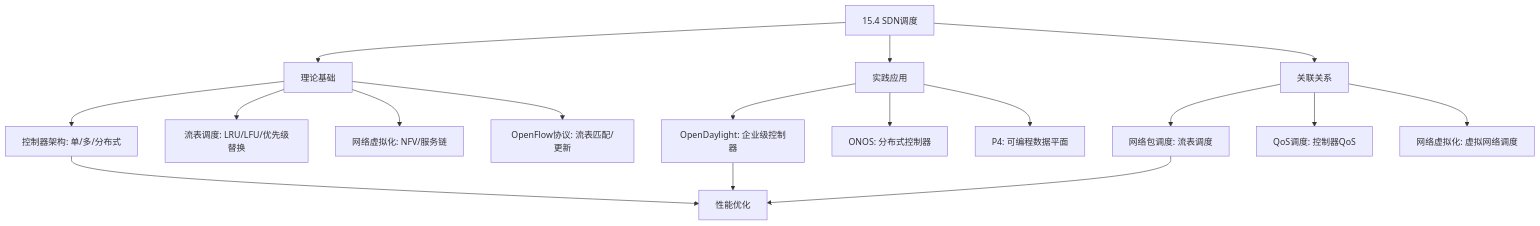
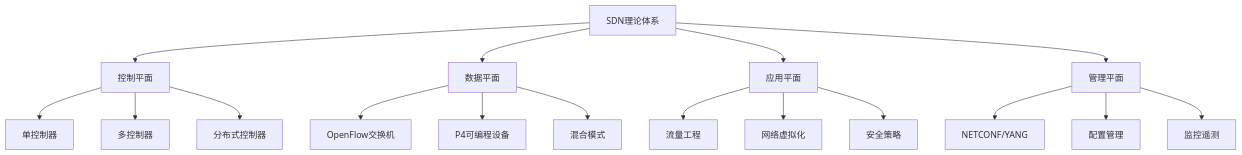
One commit to AdaMartin18010/FormalScience changed the diagram in Composed/schedule_formal_view/15_网络调度系统/15.4_SDN调度.md. Above: the diagram before and after it, drawn with Mermaid. The commit also changed other lines of this file and 883 other files, not shown here.

````diff
--- a/Composed/schedule_formal_view/15_网络调度系统/15.4_SDN调度.md
+++ b/Composed/schedule_formal_view/15_网络调度系统/15.4_SDN调度.md
@@ -186,23 +66,23 @@
 ```mermaid
 graph TD
-    A[15.4 SDN调度] --> B[理论基础]
-    A --> C[实践应用]
-    A --> D[关联关系]
-
-    B --> B1[控制器架构: 单/多/分布式]
-    B --> B2[流表调度: LRU/LFU/优先级替换]
-    B --> B3[网络虚拟化: NFV/服务链]
-    B --> B4[OpenFlow协议: 流表匹配/更新]
-
-    C --> C1[OpenDaylight: 企业级控制器]
-    C --> C2[ONOS: 分布式控制器]
-    C --> C3[P4: 可编程数据平面]
-
-    D --> D1[网络包调度: 流表调度]
-    D --> D2[QoS调度: 控制器QoS]
-    D --> D3[网络虚拟化: 虚拟网络调度]
-
-    B1 --> E[性能优化]
-    C1 --> E
-    D1 --> E
+    A[SDN理论体系] --> B[控制平面]
+    A --> C[数据平面]
+    A --> D[应用平面]
+    A --> E[管理平面]
+    
+    B --> B1[单控制器]
+    B --> B2[多控制器]
+    B --> B3[分布式控制器]
+    
+    C --> C1[OpenFlow交换机]
+    C --> C2[P4可编程设备]
+    C --> C3[混合模式]
+    
+    D --> D1[流量工程]
+    D --> D2[网络虚拟化]
+    D --> D3[安全策略]
+    
+    E --> E1[NETCONF/YANG]
+    E --> E2[配置管理]
+    E --> E3[监控遥测]
 ```
````
